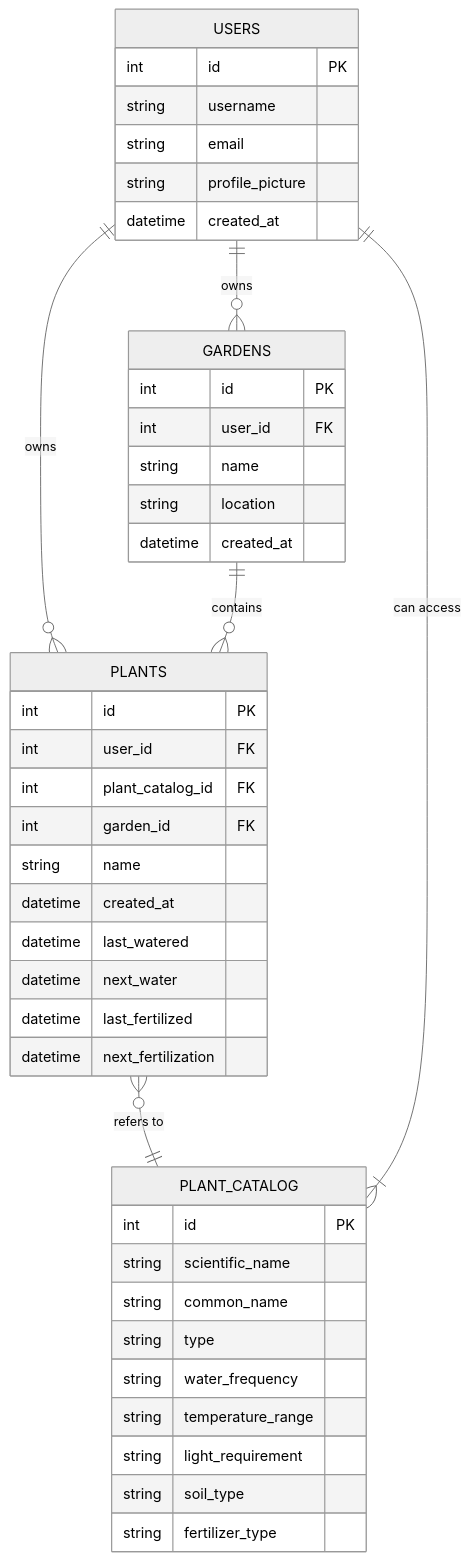
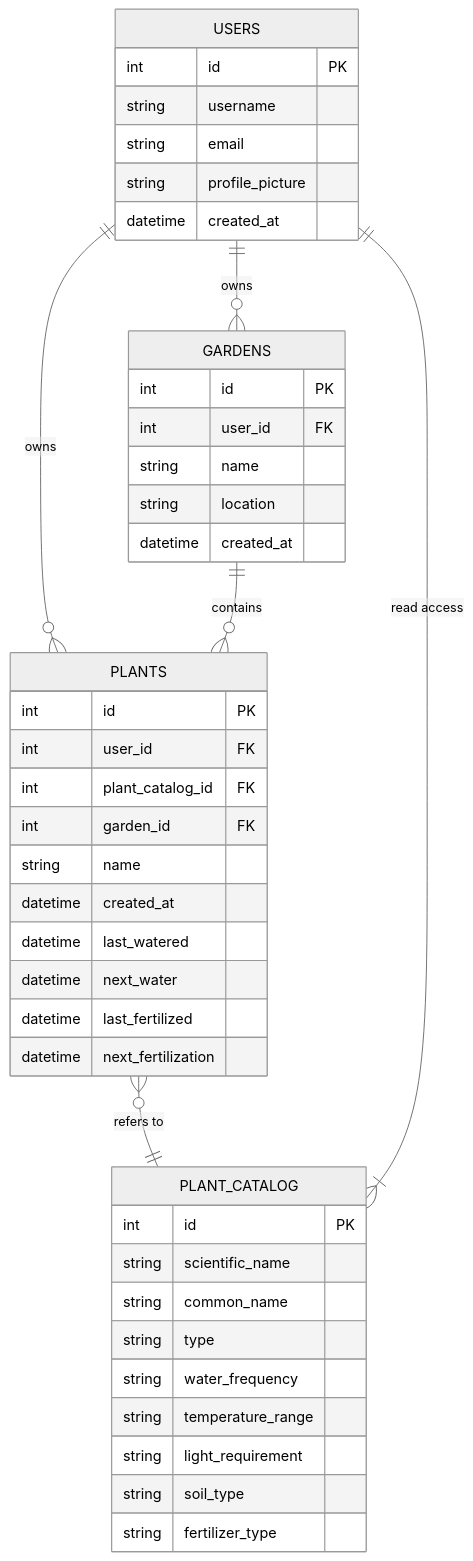
The diagram in green-fingers/docs/SoftwareArchitectureDocument.md (Green-Fingers-App/gardeningApp), drawn with Mermaid (neutral theme) before and after one commit.

````diff
--- a/green-fingers/docs/SoftwareArchitectureDocument.md
+++ b/green-fingers/docs/SoftwareArchitectureDocument.md
@@ -80,47 +80,47 @@
 ```mermaid
 erDiagram
     USERS {
         int id PK
         string username
         string email
         string profile_picture
         datetime created_at
     }
     PLANT_CATALOG {
         int id PK
         string scientific_name
         string common_name
         string type
         string water_frequency
         string temperature_range
         string light_requirement
         string soil_type
         string fertilizer_type
     }
     PLANTS {
         int id PK
         int user_id FK
         int plant_catalog_id FK
         int garden_id FK
         string name
         datetime created_at
         datetime last_watered
         datetime next_water
         datetime last_fertilized
         datetime next_fertilization
     }
     GARDENS {
         int id PK
         int user_id FK
         string name
         string location
         datetime created_at
     }
 
     %% Relationships
     USERS ||--o{ PLANTS : "owns"
     USERS ||--o{ GARDENS : "owns"
     PLANTS }o--|| PLANT_CATALOG : "refers to"
     GARDENS ||--o{ PLANTS : "contains"
-    USERS ||--|{ PLANT_CATALOG : "can access"
+    USERS ||--|{ PLANT_CATALOG : "read access"
 ```
````
